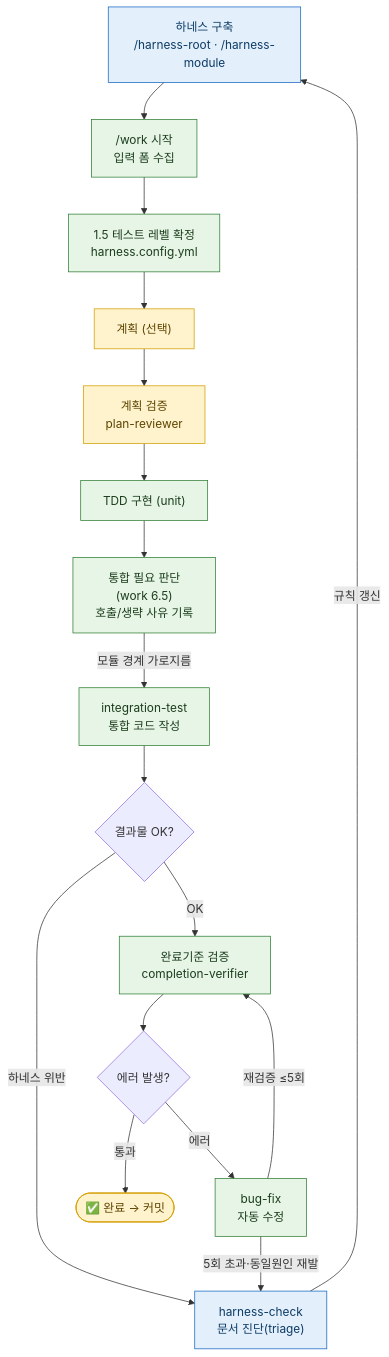
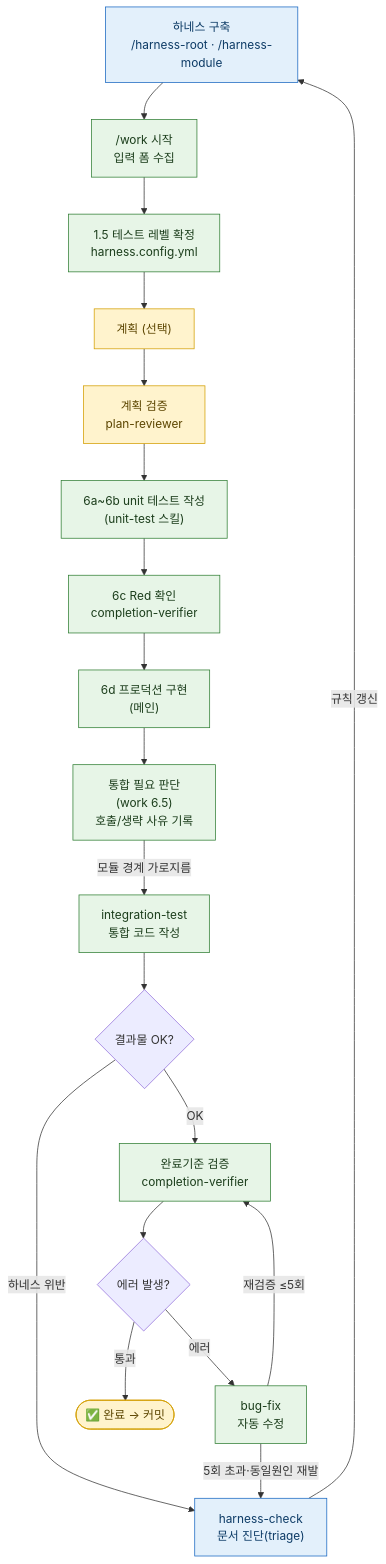
One commit to yunjeLee/solution-harness-plugin changed the diagram in README.md. Above: the diagram before and after it, drawn with Mermaid. The commit also changed other lines of this file, not shown here.

First line of the commit message:
docs: README 에서 외부 TDD 의존 제거

````diff
--- a/README.md
+++ b/README.md
@@ -108,26 +109,28 @@
 ```mermaid
 flowchart TD
     H["하네스 구축<br/>/harness-root · /harness-module"]:::harness
     H --> W["/work 시작<br/>입력 폼 수집"]:::auto
     W --> LV["1.5 테스트 레벨 확정<br/>harness.config.yml"]:::auto
     LV --> P["계획 (선택)"]:::gate
     P --> PR["계획 검증<br/>plan-reviewer"]:::gate
-    PR --> TDD["TDD 구현 (unit)"]:::auto
-    TDD --> IT["통합 필요 판단<br/>(work 6.5)<br/>호출/생략 사유 기록"]:::auto
+    PR --> UT["6a~6b unit 테스트 작성<br/>(unit-test 스킬)"]:::auto
+    UT --> RED["6c Red 확인<br/>completion-verifier"]:::auto
+    RED --> IMPL["6d 프로덕션 구현<br/>(메인)"]:::auto
+    IMPL --> IT["통합 필요 판단<br/>(work 6.5)<br/>호출/생략 사유 기록"]:::auto
     IT -->|모듈 경계 가로지름| ITS["integration-test<br/>통합 코드 작성"]:::auto
     ITS --> Q{"결과물 OK?"}
     Q -->|하네스 위반| HC
     Q -->|OK| CRI["완료기준 검증<br/>completion-verifier"]:::auto
     CRI --> Q2{에러 발생?}
     Q2 -->|에러| BF["bug-fix<br/>자동 수정"]:::auto
     BF -->|재검증 ≤5회| CRI
     Q2 -->|통과| DONE([✅ 완료 → 커밋]):::gate
 
     BF -->|5회 초과·동일원인 재발| HC
     HC["harness-check<br/>문서 진단(triage)"]:::harness
     HC -->|규칙 갱신| H
 
     classDef auto fill:#e7f5e7,stroke:#2e7d32,color:#1b3d1b
     classDef gate fill:#fff3cd,stroke:#d39e00,color:#5c4500
     classDef harness fill:#e3f0fb,stroke:#1565c0,color:#0d3b66
 ```
````
